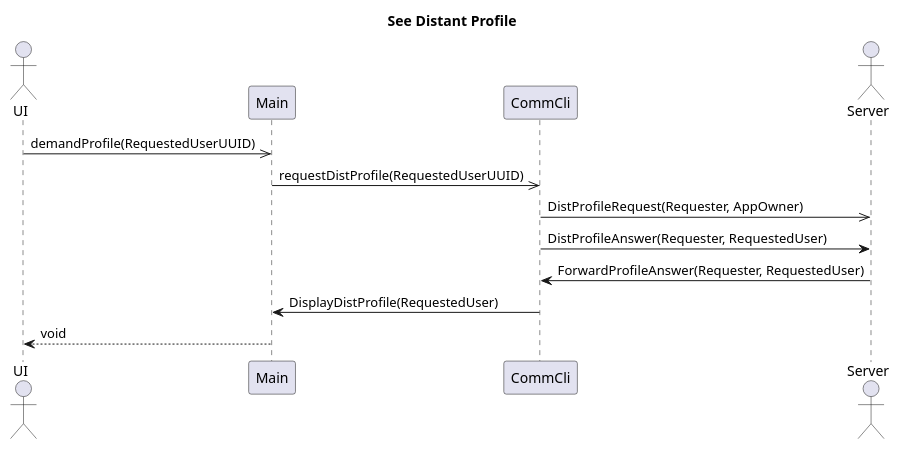
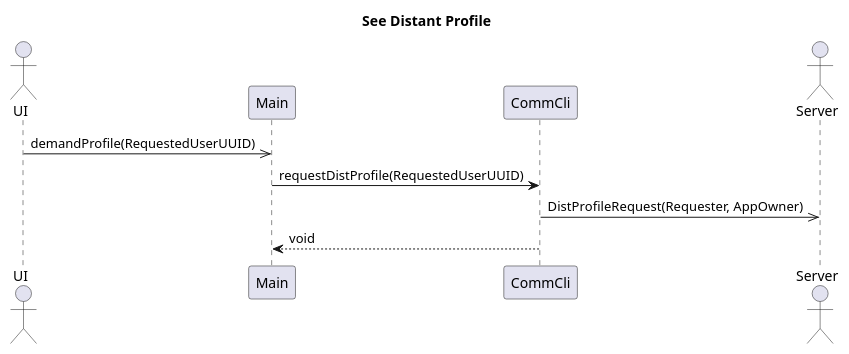
One commit to moha-tah/kanban-project changed the diagram in diagrams/sequences/SeeProfile/SeeDistantProfile_EndToEnd.pu. Above: the diagram before and after it, drawn with PlantUML. The commit also changed 1 other file, not shown here.

Commit message:
refactor(diagrams): simplify Distant Profile sequence diagrams by removing unnecessary interactions

```diff
--- a/diagrams/sequences/SeeProfile/SeeDistantProfile_EndToEnd.pu
+++ b/diagrams/sequences/SeeProfile/SeeDistantProfile_EndToEnd.pu
@@ -1,25 +1,16 @@
 @startuml
 title See Distant Profile 
 
 actor "UI" as UI
 participant "Main" as Client
 participant "CommCli" as CommClient
 actor Server as S
 
 UI ->> Client : demandProfile(RequestedUserUUID)
 
-Client ->> CommClient : requestDistProfile(RequestedUserUUID)
+Client -> CommClient : requestDistProfile(RequestedUserUUID)
 
 CommClient ->> S : DistProfileRequest(Requester, AppOwner)
-
-
-CommClient -> S : DistProfileAnswer(Requester, RequestedUser)
-
-
-S -> CommClient : ForwardProfileAnswer(Requester, RequestedUser)
-
-
-CommClient -> Client : DisplayDistProfile(RequestedUser)
-Client --> UI : void
+CommClient --> Client   : void
 
 @enduml
```
